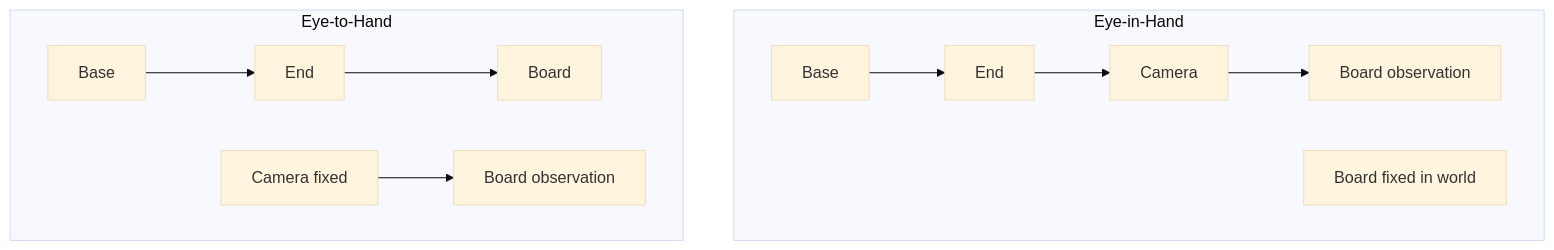
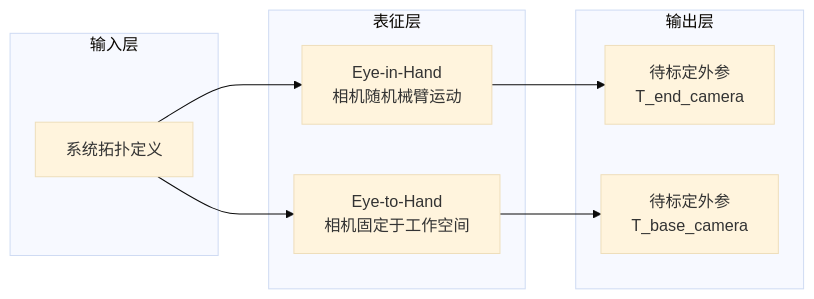
Diagram 11 of 12 in docs/part2-vision-manipulation/06-pose_0719.md (Xbotics-Embodied-AI-club/Xbotics-Embodied-AI-Handbook), drawn with Mermaid (base theme) before and after one commit. The commit also changed other lines of this file and 9 other files, not shown here.

````diff
--- a/docs/part2-vision-manipulation/06-pose_0719.md
+++ b/docs/part2-vision-manipulation/06-pose_0719.md
@@ -669,14 +773,20 @@
 ```mermaid
-flowchart TB
-    subgraph EIH[Eye-in-Hand]
-        A1[Base] --> A2[End]
-        A2 --> A3[Camera]
-        A3 --> A4[Board observation]
-        A5[Board fixed in world]
+flowchart LR
+    subgraph I11[输入层]
+        A11[系统拓扑定义]
     end
-    subgraph ETH[Eye-to-Hand]
-        B1[Base] --> B2[End]
-        B2 --> B3[Board]
-        B4[Camera fixed] --> B5[Board observation]
+    subgraph R11[表征层]
+        B11[Eye-in-Hand
+相机随机械臂运动]
+        C11[Eye-to-Hand
+相机固定于工作空间]
     end
+    subgraph O11[输出层]
+        D11[待标定外参
+T_end_camera]
+        E11[待标定外参
+T_base_camera]
+    end
+    A11 --> B11 --> D11
+    A11 --> C11 --> E11
 ```
````
